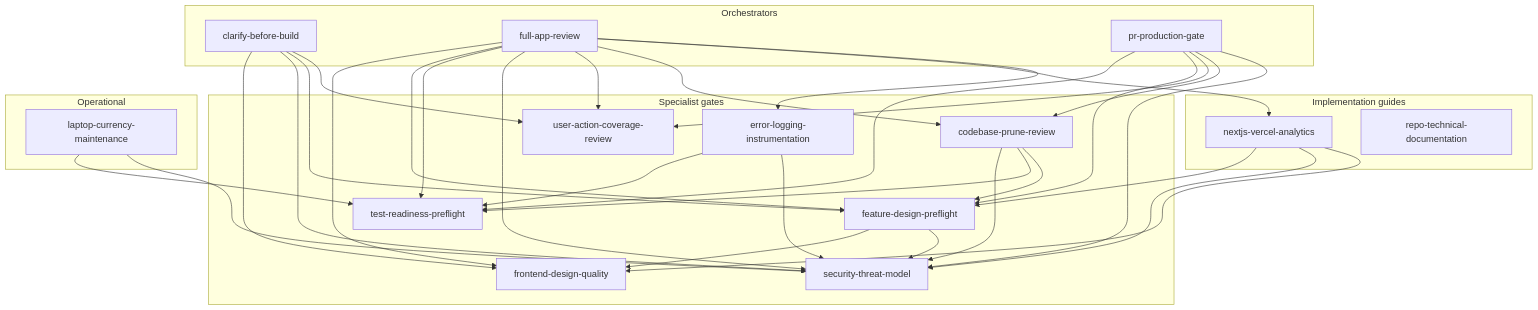
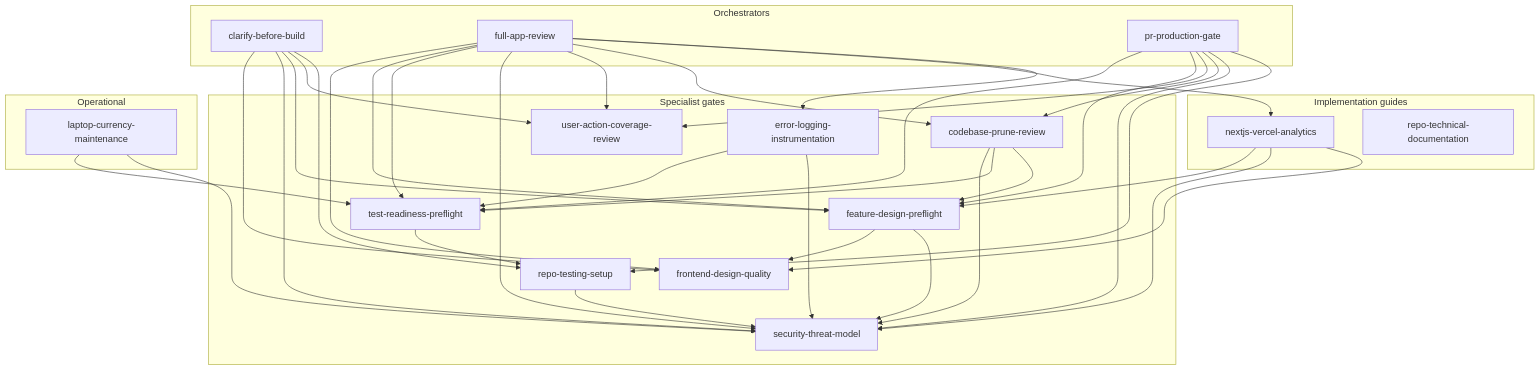
Before and after one commit to jimtin/production-ai: the diagram in docs/skill-graph.md, drawn with Mermaid. The commit also changed 11 other files, not shown here.

First line of the commit message:
Add repo-testing-setup: the testing-foundation gate

````diff
--- a/docs/skill-graph.md
+++ b/docs/skill-graph.md
@@ -7,54 +7,59 @@
 ```mermaid
 graph TD
     subgraph Orchestrators
         CBB[clarify-before-build]
         FAR[full-app-review]
         PRG[pr-production-gate]
     end
     subgraph Specialist gates
         FDP[feature-design-preflight]
         FDQ[frontend-design-quality]
         TRP[test-readiness-preflight]
         UAC[user-action-coverage-review]
         CPR[codebase-prune-review]
+        RTS[repo-testing-setup]
         ELI[error-logging-instrumentation]
         STM[security-threat-model]
     end
     subgraph Implementation guides
         NVA[nextjs-vercel-analytics]
         RTD[repo-technical-documentation]
     end
     subgraph Operational
         LCM[laptop-currency-maintenance]
     end
 
     CBB --> FDQ
     CBB --> STM
     CBB --> FDP
     CBB --> UAC
+    CBB --> RTS
     FAR --> FDQ
     FAR --> FDP
     FAR --> TRP
     FAR --> STM
     FAR --> UAC
     FAR --> CPR
     FAR --> NVA
     FAR --> ELI
     PRG --> TRP
     PRG --> FDP
     PRG --> UAC
     PRG --> CPR
     PRG --> STM
+    PRG --> RTS
+    TRP --> RTS
+    RTS --> STM
     CPR --> STM
     CPR --> TRP
     CPR --> FDP
     FDP --> FDQ
     FDP --> STM
     NVA --> FDP
     NVA --> STM
     NVA --> FDQ
     ELI --> TRP
     ELI --> STM
     LCM --> TRP
     LCM --> STM
 ```
````
